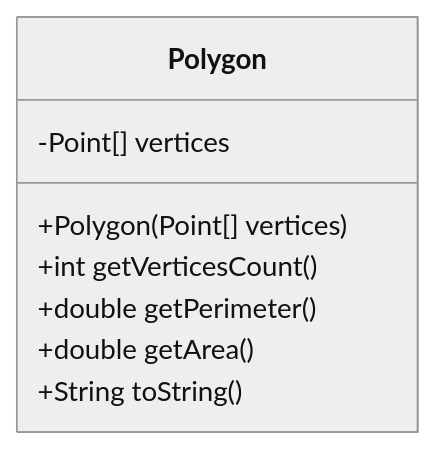
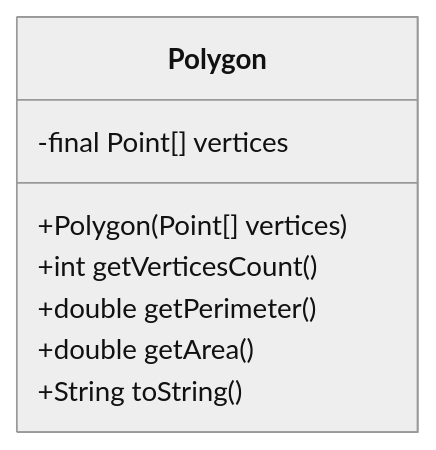
One commit to nbicocchi/learn-java-core changed the fourth of 13 diagrams in code/exercises/src/main/java/com/nbicocchi/exercises/oop/README.md. Above: the diagram before and after it, drawn with Mermaid (neutral theme). The commit also changed other lines of this file and 7 other files, not shown here.

````diff
--- a/code/exercises/src/main/java/com/nbicocchi/exercises/oop/README.md
+++ b/code/exercises/src/main/java/com/nbicocchi/exercises/oop/README.md
@@ -133,11 +133,11 @@
 ```mermaid
 classDiagram
     class Polygon {
-        -Point[] vertices
+        -final Point[] vertices
         +Polygon(Point[] vertices)
         +int getVerticesCount()
         +double getPerimeter()
         +double getArea()
         +String toString()
     }
 ```
````
